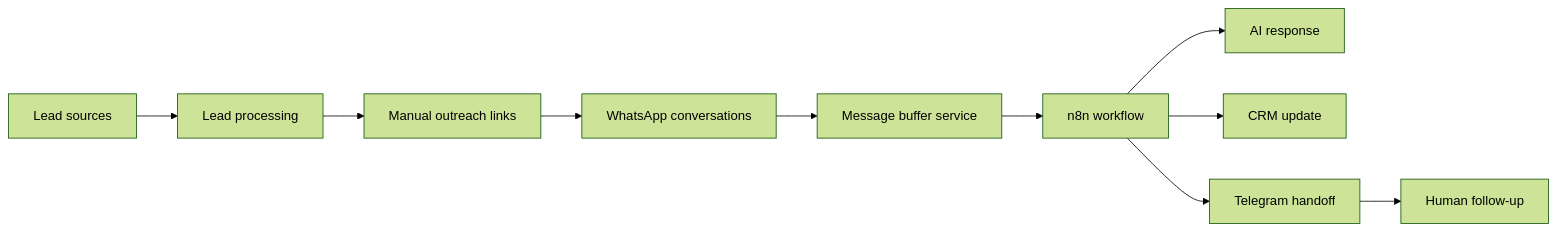
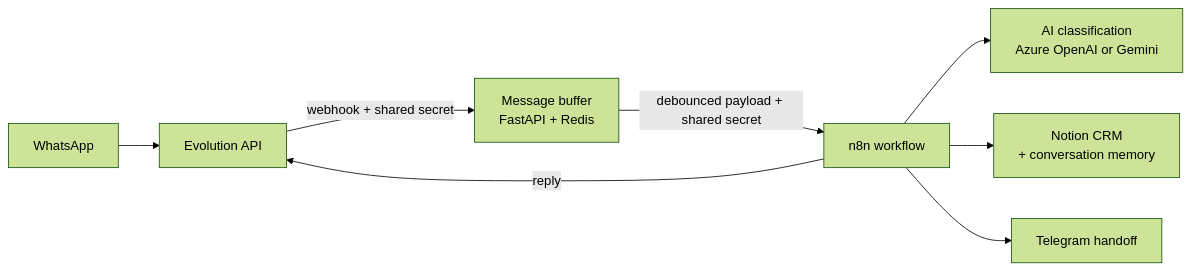
Before and after one commit to nicolasvargaszz/bot: the diagram in README.md, drawn with Mermaid (forest theme). The commit also changed other lines of this file and 2 other files, not shown here.

````diff
--- a/README.md
+++ b/README.md
@@ -21,12 +22,10 @@
 ```mermaid
 flowchart LR
-    A[Lead sources] --> B[Lead processing]
-    B --> C[Manual outreach links]
-    C --> D[WhatsApp conversations]
-    D --> E[Message buffer service]
-    E --> F[n8n workflow]
-    F --> G[AI response]
-    F --> H[CRM update]
-    F --> I[Telegram handoff]
-    I --> J[Human follow-up]
+    A[WhatsApp] --> B[Evolution API]
+    B -- webhook + shared secret --> C[Message buffer<br/>FastAPI + Redis]
+    C -- debounced payload + shared secret --> D[n8n workflow]
+    D --> E[AI classification<br/>Azure OpenAI or Gemini]
+    D --> F[Notion CRM<br/>+ conversation memory]
+    D --> G[Telegram handoff]
+    D -- reply --> B
 ```
````
